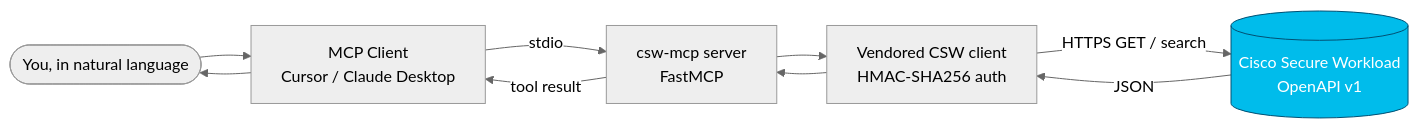
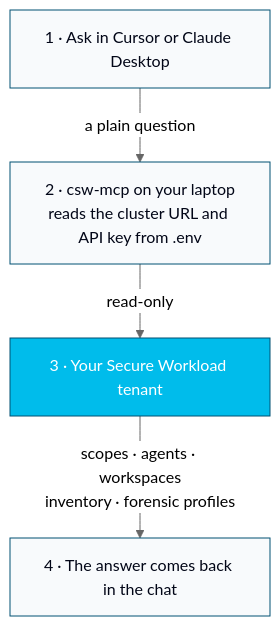
Before and after one commit to chandrapati/csw-mcp: the diagram in README.md, drawn with Mermaid (neutral theme). The commit also changed other lines of this file, not shown here.

Commit message:
Redraw the README diagram as the four steps to ask a question.
The first picture now shows chat, the local server, the tenant, and the answer, plus the prompts already confirmed on a live tenant.

````diff
--- a/README.md
+++ b/README.md
@@ -26,10 +26,16 @@
 ```mermaid
-flowchart LR
-    U([You, in natural language]) --> C[MCP Client<br/>Cursor / Claude Desktop]
-    C -- stdio --> S[csw-mcp server<br/>FastMCP]
-    S --> V[Vendored CSW client<br/>HMAC-SHA256 auth]
-    V -- HTTPS GET / search --> API[(Cisco Secure Workload<br/>OpenAPI v1)]
-    API -- JSON --> V --> S -- tool result --> C --> U
-    classDef cisco fill:#00bceb,stroke:#005073,color:#fff;
-    class API cisco;
+flowchart TB
+    ask["1 · Ask in Cursor or Claude Desktop"]
+    local["2 · csw-mcp on your laptop<br/>reads the cluster URL and API key from .env"]
+    tenant["3 · Your Secure Workload tenant"]
+    reply["4 · The answer comes back in the chat"]
+
+    ask -->|"a plain question"| local
+    local -->|"read-only"| tenant
+    tenant -->|"scopes · agents · workspaces<br/>inventory · forensic profiles"| reply
+
+    classDef step fill:#F8FAFC,stroke:#005073,color:#020617;
+    classDef cisco fill:#00bceb,stroke:#005073,color:#ffffff;
+    class ask,local,reply step;
+    class tenant cisco;
 ```
````
